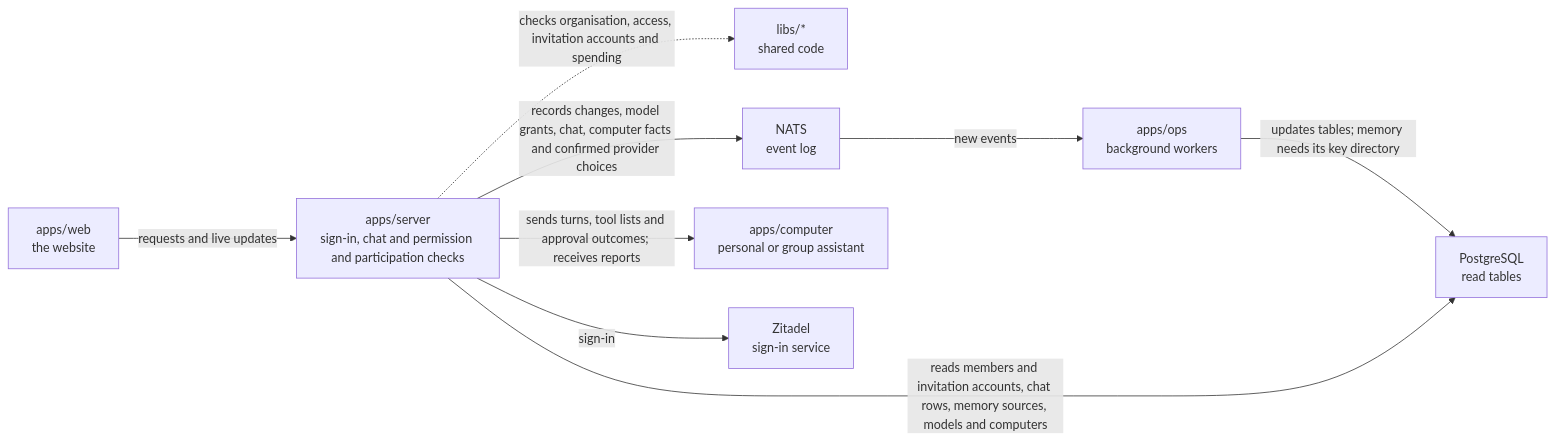
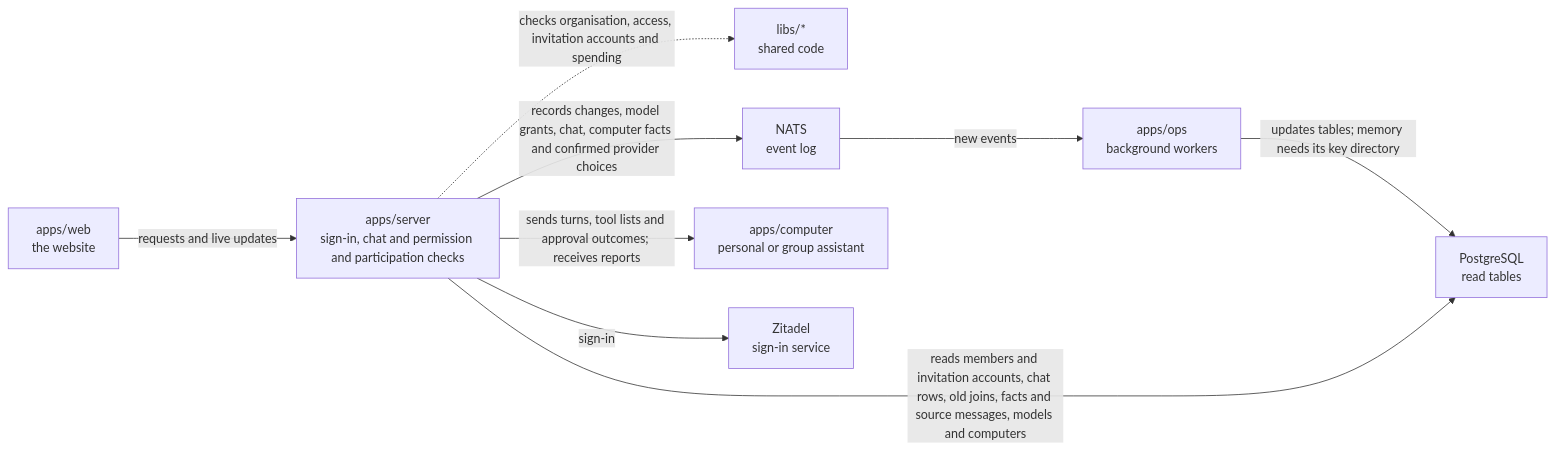
The diagram in apps/server/README.md (elewa-git/opencrane-new), drawn with Mermaid before and after one commit. The commit also changed other lines of this file and 17 other files, not shown here.

````diff
--- a/apps/server/README.md
+++ b/apps/server/README.md
@@ -11,11 +11,11 @@
 ```mermaid
 flowchart LR
   web["apps/web<br/>the website"] -->|requests and live updates| server["apps/server<br/>sign-in, chat and permission and participation checks"]
   server -.->|checks organisation, access, invitation accounts and spending| libs["libs/*<br/>shared code"]
   server -->|records changes, model grants, chat, computer facts and confirmed provider choices| nats["NATS<br/>event log"]
   nats -->|new events| ops["apps/ops<br/>background workers"]
   ops -->|updates tables; memory needs its key directory| postgres["PostgreSQL<br/>read tables"]
-  server -->|reads members and invitation accounts, chat rows, memory sources, models and computers| postgres
+  server -->|reads members and invitation accounts, chat rows, old joins, facts and source messages, models and computers| postgres
   server -->|sends turns, tool lists and approval outcomes; receives reports| computer["apps/computer<br/>personal or group assistant"]
   server -->|sign-in| zitadel["Zitadel<br/>sign-in service"]
 ```
````
